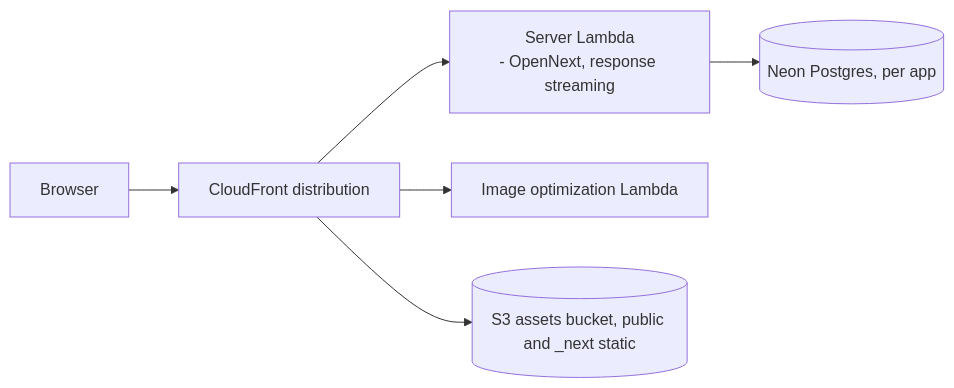
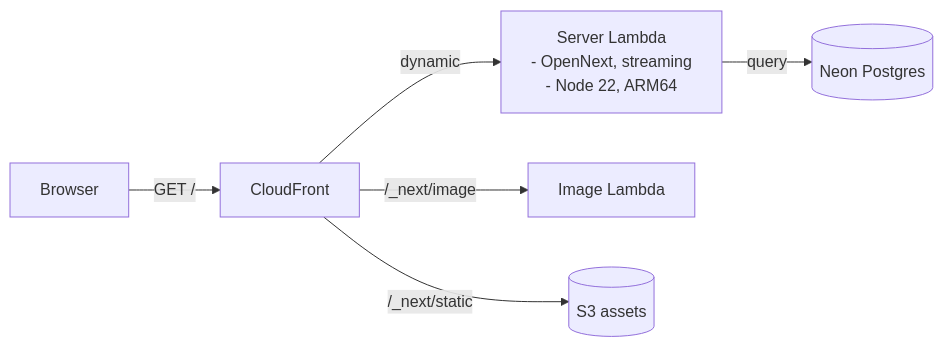
One commit to elleskay/platform changed the second of 5 diagrams in README.md. Above: the diagram before and after it, drawn with Mermaid. The commit also changed other lines of this file and 48 other files, not shown here.

````diff
--- a/README.md
+++ b/README.md
@@ -119,14 +105,8 @@
 ```mermaid
 flowchart LR
-  U["Browser"]
-  CF["CloudFront distribution"]
-  SRV["Server Lambda<br/>- OpenNext, response streaming"]
-  IMG["Image optimization Lambda"]
-  S3[("S3 assets bucket, public and _next static")]
-  NEON[("Neon Postgres, per app")]
-  U --> CF
-  CF --> SRV
-  CF --> IMG
-  CF --> S3
-  SRV --> NEON
+  Browser["Browser"] -->|"GET /"| CF["CloudFront"]
+  CF -->|"dynamic"| SRV["Server Lambda<br/>- OpenNext, streaming<br/>- Node 22, ARM64"]
+  CF -->|"/_next/image"| IMG["Image Lambda"]
+  CF -->|"/_next/static"| S3[("S3 assets")]
+  SRV -->|"query"| Neon[("Neon Postgres")]
 ```
````
